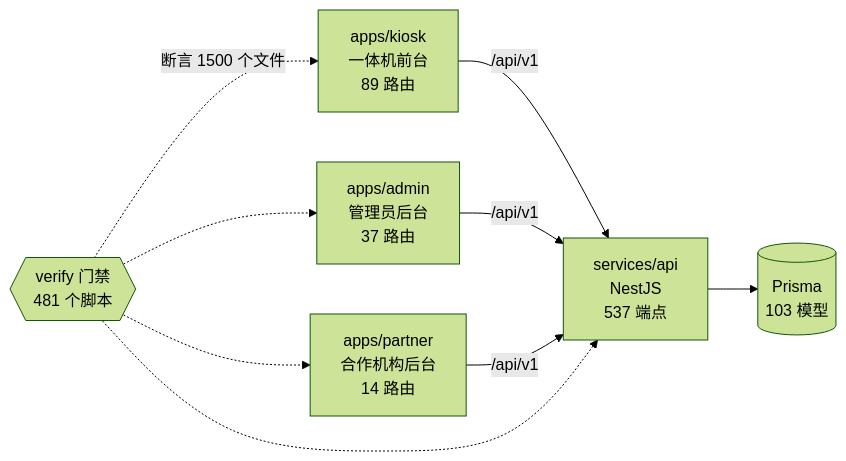
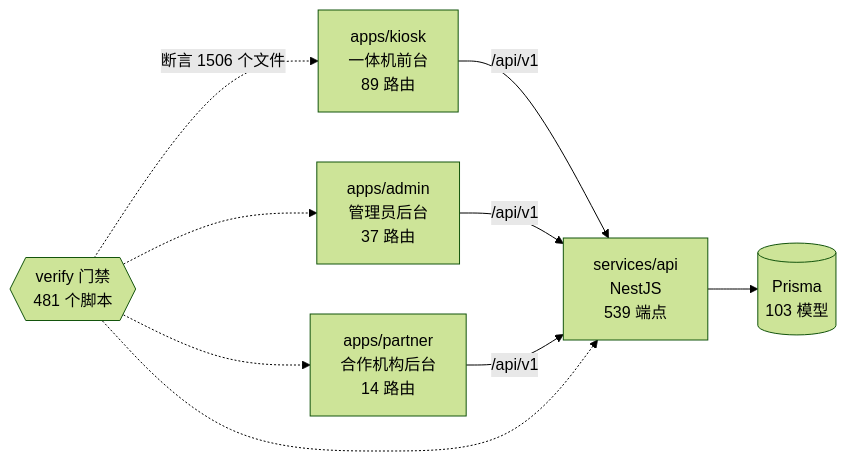
The diagram in docs/graph/README.md (wanglei581/YITIJI), drawn with Mermaid (forest theme) before and after one commit. The commit also changed other lines of this file and 4 other files, not shown here.

Commit message:
docs(graph): regenerate after the terminal twin timeline changes

````diff
--- a/docs/graph/README.md
+++ b/docs/graph/README.md
@@ -68,18 +68,18 @@
 ```mermaid
 flowchart LR
   kiosk["apps/kiosk<br/>一体机前台<br/>89 路由"]
   admin["apps/admin<br/>管理员后台<br/>37 路由"]
   partner["apps/partner<br/>合作机构后台<br/>14 路由"]
-  api["services/api<br/>NestJS<br/>537 端点"]
+  api["services/api<br/>NestJS<br/>539 端点"]
   db[("Prisma<br/>103 模型")]
   gates{{"verify 门禁<br/>481 个脚本"}}
 
   kiosk -->|"/api/v1"| api
   admin -->|"/api/v1"| api
   partner -->|"/api/v1"| api
   api --> db
-  gates -.->|"断言 1500 个文件"| kiosk
+  gates -.->|"断言 1506 个文件"| kiosk
   gates -.-> admin
   gates -.-> partner
   gates -.-> api
 ```
````
